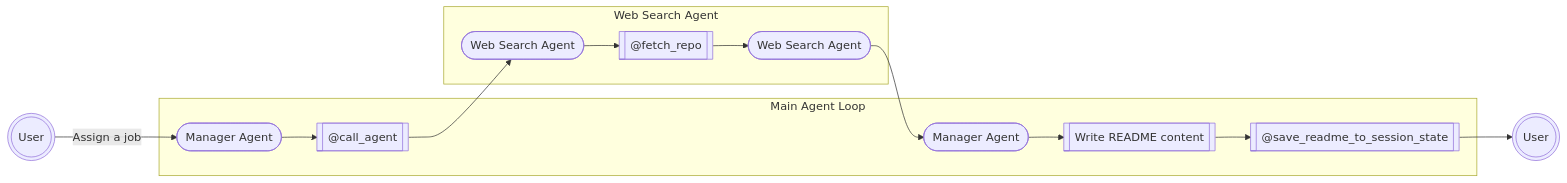
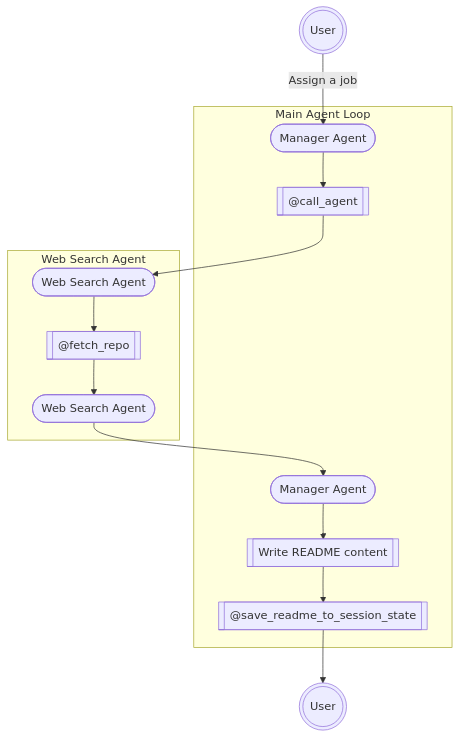
One commit to Wh4130/remote_readme_agent changed the diagram in README.md. Above: the diagram before and after it, drawn with Mermaid.

````diff
--- a/README.md
+++ b/README.md
@@ -42,26 +42,26 @@
 ```mermaid
-flowchart LR
+flowchart TD
 U(((User)))
 subgraph Main ["Main Agent Loop"]
     Manager([Manager Agent])
     T1[["@call_agent"]]
     Manager2([Manager Agent])
     T3[["Write README content"]]
     T4[["@save_readme_to_session_state"]]
 end
 subgraph Sub ["Web Search Agent"]
     WAgent([Web Search Agent])
     T2[["@fetch_repo"]]
     WAgent2([Web Search Agent])
 end
 U -->|Assign a job| Manager
 Manager --> T1
 T1 --> WAgent
 WAgent --> T2
 T2 --> WAgent2
 WAgent2 --> Manager2
 Manager2 --> T3
 T3 --> T4
 T4 --> U2(((User)))
 
 ```
````
